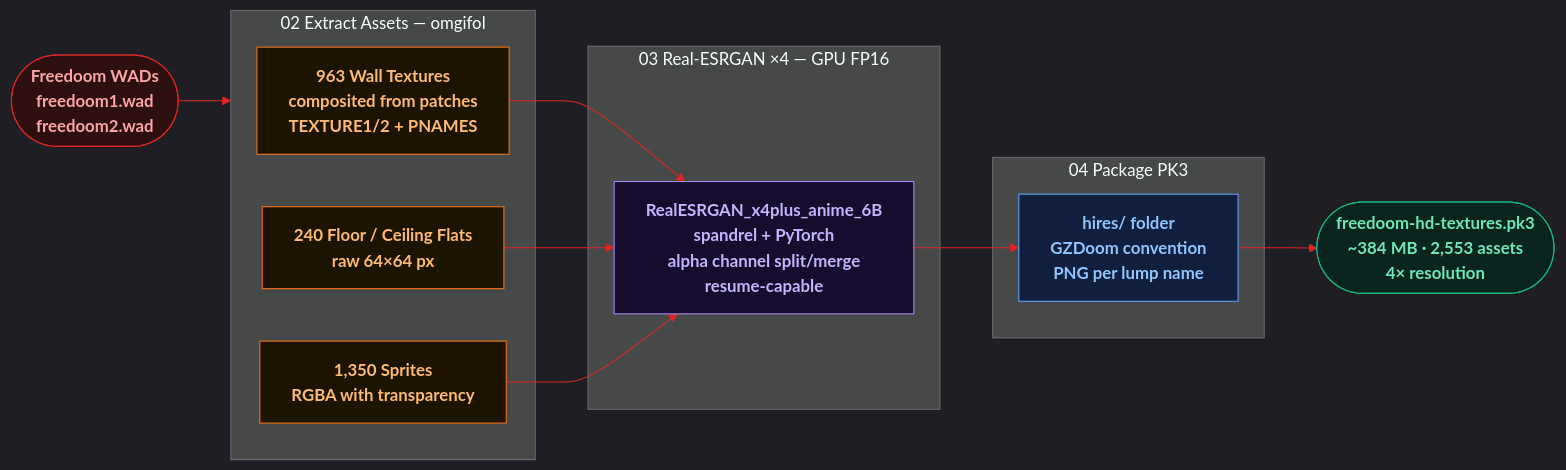
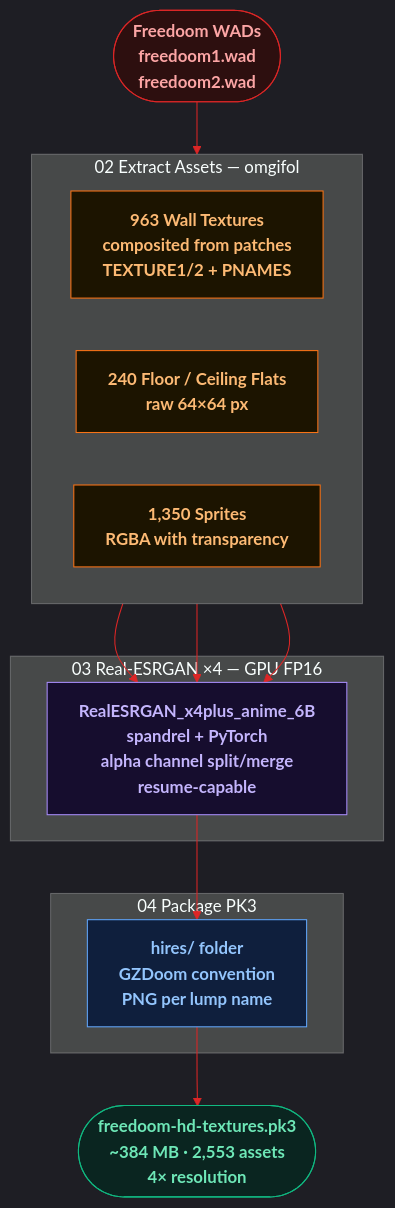
One commit to m4cd4r4/freedoom-hd changed the diagram in README.md. Above: the diagram before and after it, drawn with Mermaid.

Commit message:
chore: convert diagram LR \u2192 TD for better GitHub readability

````diff
--- a/README.md
+++ b/README.md
@@ -108,32 +108,33 @@
 ```mermaid
 %%{init: {'theme': 'dark', 'themeVariables': {'primaryColor': '#0f172a', 'primaryTextColor': '#e2e8f0', 'primaryBorderColor': '#dc2626', 'lineColor': '#dc2626', 'secondaryColor': '#1a0000'}}}%%
-flowchart LR
+flowchart TD
     classDef source  fill:#2d0f0f,stroke:#dc2626,color:#fca5a5,font-weight:bold
     classDef extract fill:#1c1400,stroke:#f97316,color:#fdba74,font-weight:bold
     classDef ai      fill:#160d2e,stroke:#a78bfa,color:#c4b5fd,font-weight:bold
     classDef pack    fill:#0f1f3d,stroke:#60a5fa,color:#93c5fd,font-weight:bold
     classDef output  fill:#0a2520,stroke:#10b981,color:#6ee7b7,font-weight:bold
 
     WAD(["Freedoom WADs\nfreedoom1.wad\nfreedoom2.wad"]):::source
 
     subgraph EXTRACT["02  Extract Assets — omgifol"]
+        direction LR
         Walls["963 Wall Textures\ncomposited from patches\nTEXTURE1/2 + PNAMES"]:::extract
         Flats["240 Floor / Ceiling Flats\nraw 64×64 px"]:::extract
         Sprites["1,350 Sprites\nRGBA with transparency"]:::extract
     end
 
     subgraph UPSCALE["03  Real-ESRGAN ×4 — GPU FP16"]
         Model["RealESRGAN_x4plus_anime_6B\nspandrel + PyTorch\nalpha channel split/merge\nresume-capable"]:::ai
     end
 
     subgraph PACK["04  Package PK3"]
         HiRes["hires/ folder\nGZDoom convention\nPNG per lump name"]:::pack
     end
 
     PK3(["freedoom-hd-textures.pk3\n~384 MB · 2,553 assets\n4× resolution"]):::output
 
     WAD --> EXTRACT
     Walls & Flats & Sprites --> Model
     Model --> HiRes
     HiRes --> PK3
 ```
````
